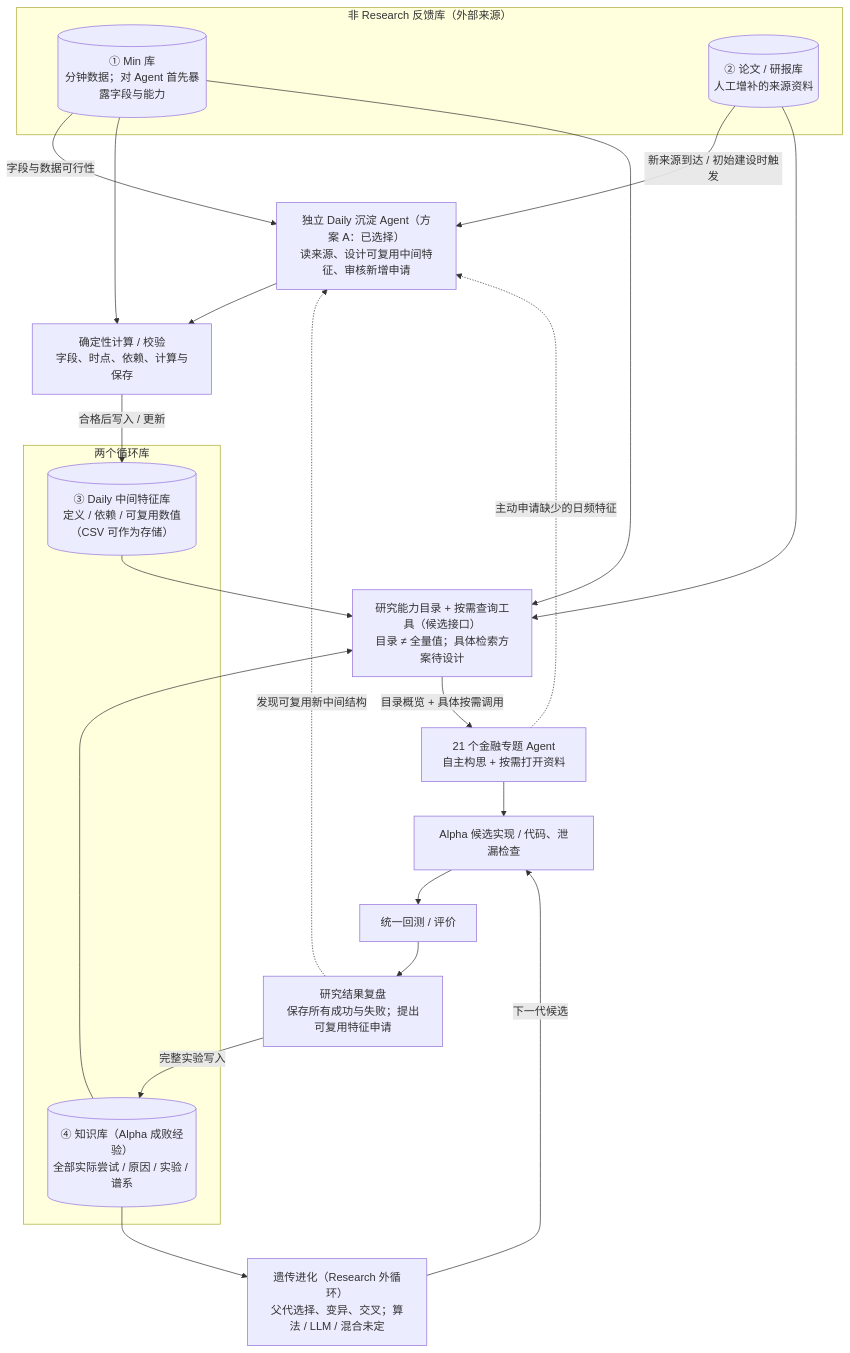
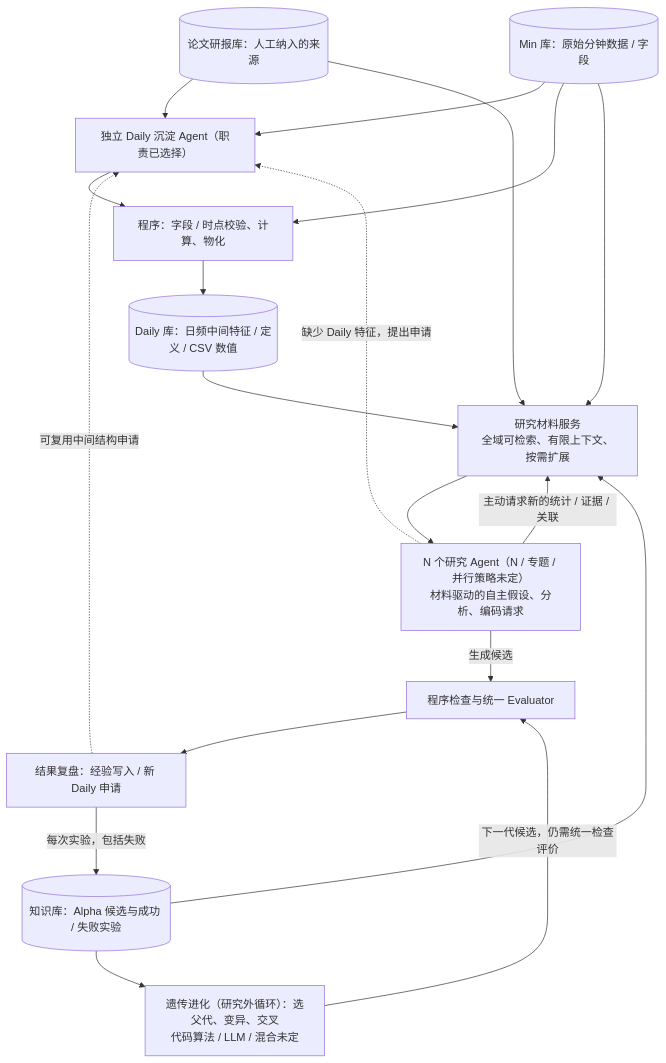
One commit to epshoron/JXwork changed the diagram in architecture/research_loop_inputs_draft/README.md. Above: the diagram before and after it, drawn with Mermaid. The commit also changed other lines of this file, not shown here.

Commit message:
docs(architecture): define N-agnostic material-driven Research Loop v4 baseline

````diff
--- a/architecture/research_loop_inputs_draft/README.md
+++ b/architecture/research_loop_inputs_draft/README.md
@@ -7,39 +7,34 @@
 ```mermaid
 flowchart TB
-    subgraph EXT["非 Research 反馈库（外部来源）"]
-      M[("① Min 库<br/>分钟数据；对 Agent 首先暴露字段与能力")]
-      P[("② 论文 / 研报库<br/>人工增补的来源资料")]
-    end
-    subgraph INTERNAL["两个循环库"]
-      D[("③ Daily 中间特征库<br/>定义 / 依赖 / 可复用数值（CSV 可作为存储）")]
-      K[("④ 知识库（Alpha 成败经验）<br/>全部实际尝试 / 原因 / 实验 / 谱系")]
-    end
+    M[("Min 库：原始分钟数据 / 字段")]
+    P[("论文研报库：人工纳入的来源")]
+    D[("Daily 库：日频中间特征 / 定义 / CSV 数值")]
+    K[("知识库：Alpha 候选与成功 / 失败实验")]
+    CA["独立 Daily 沉淀 Agent（职责已选择）"]
+    EX["程序：字段 / 时点校验、计算、物化"]
+    CTX["研究材料服务<br/>全域可检索、有限上下文、按需扩展"]
+    RA["N 个研究 Agent（N / 专题 / 并行策略未定）<br/>材料驱动的自主假设、分析、编码请求"]
+    EV["程序检查与统一 Evaluator"]
+    REV["结果复盘：经验写入 / 新 Daily 申请"]
+    GA["遗传进化（研究外循环）：选父代、变异、交叉<br/>代码算法 / LLM / 混合未定"]
 
-    A["独立 Daily 沉淀 Agent（方案 A：已选择）<br/>读来源、设计可复用中间特征、审核新增申请"]
-    T["确定性计算 / 校验<br/>字段、时点、依赖、计算与保存"]
-    Q["研究能力目录 + 按需查询工具（候选接口）<br/>目录 ≠ 全量值；具体检索方案待设计"]
-    G["21 个金融专题 Agent<br/>自主构思 + 按需打开资料"]
-    C["Alpha 候选实现 / 代码、泄漏检查"]
-    E["统一回测 / 评价"]
-    R["研究结果复盘<br/>保存所有成功与失败；提出可复用特征申请"]
-    GA["遗传进化（Research 外循环）<br/>父代选择、变异、交叉；算法 / LLM / 混合未定"]
+    P --> CA
+    M --> CA
+    CA --> EX
+    M --> EX
+    EX --> D
 
-    P -- "新来源到达 / 初始建设时触发" --> A
-    M -- "字段与数据可行性" --> A
-    A --> T
-    M --> T
-    T -- "合格后写入 / 更新" --> D
-
-    P --> Q
-    M --> Q
-    D --> Q
-    K --> Q
-    Q -- "目录概览 + 具体按需调用" --> G
-    G --> C --> E --> R
-    R -- "完整实验写入" --> K
-    R -. "发现可复用新中间结构" .-> A
-    G -. "主动申请缺少的日频特征" .-> A
-
+    P --> CTX
+    M --> CTX
+    D --> CTX
+    K --> CTX
+    CTX --> RA
+    RA -- "主动请求新的统计 / 证据 / 关联" --> CTX
+    RA -- "生成候选" --> EV
+    EV --> REV
+    REV -- "每次实验，包括失败" --> K
+    REV -. "可复用中间结构申请" .-> CA
+    RA -. "缺少 Daily 特征，提出申请" .-> CA
     K --> GA
-    GA -- "下一代候选" --> C
+    GA -- "下一代候选，仍需统一检查评价" --> EV
 ```
````
